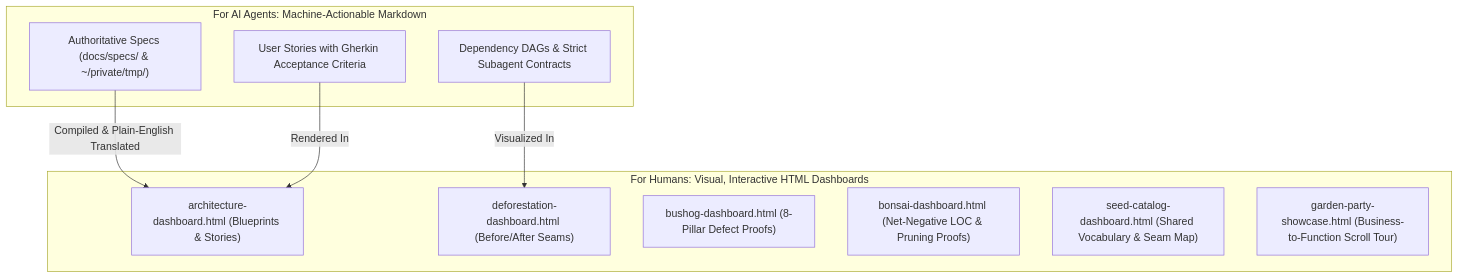
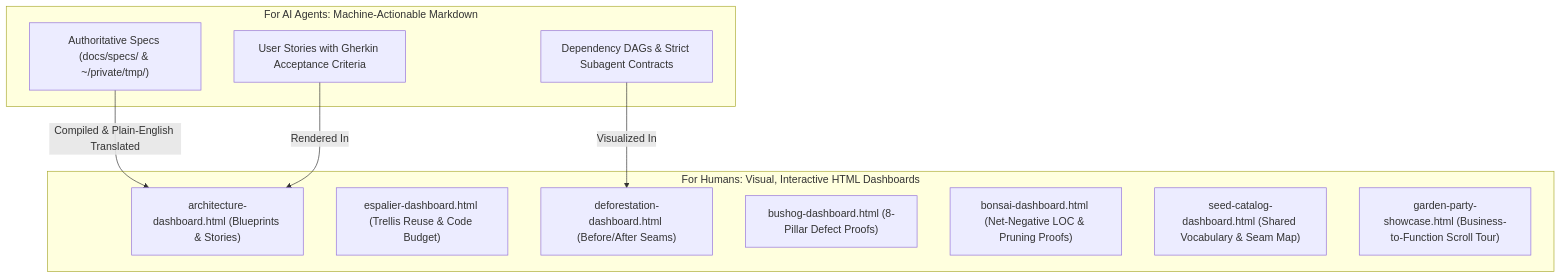
One commit to mcmxciillan/code-gardening changed the third of 3 diagrams in README.md. Above: the diagram before and after it, drawn with Mermaid. The commit also changed other lines of this file and 10 other files, not shown here.

Commit message:
feat(espalier): add /espalier minimal-code small feature skill combining greenfield-architecture and bonsai (#3)

````diff
--- a/README.md
+++ b/README.md
@@ -105,21 +108,22 @@
 ```mermaid
 graph TD
     subgraph "For AI Agents: Machine-Actionable Markdown"
         A1["Authoritative Specs (docs/specs/ & ~/private/tmp/)"]
         A2["User Stories with Gherkin Acceptance Criteria"]
         A3["Dependency DAGs & Strict Subagent Contracts"]
     end
 
     subgraph "For Humans: Visual, Interactive HTML Dashboards"
         H1["architecture-dashboard.html (Blueprints & Stories)"]
+        H1E["espalier-dashboard.html (Trellis Reuse & Code Budget)"]
         H2["deforestation-dashboard.html (Before/After Seams)"]
         H3["bushog-dashboard.html (8-Pillar Defect Proofs)"]
         H4["bonsai-dashboard.html (Net-Negative LOC & Pruning Proofs)"]
         H5["seed-catalog-dashboard.html (Shared Vocabulary & Seam Map)"]
         H6["garden-party-showcase.html (Business-to-Function Scroll Tour)"]
     end
 
     A1 -->|Compiled & Plain-English Translated| H1
     A2 -->|Rendered In| H1
     A3 -->|Visualized In| H2
 ```
````
